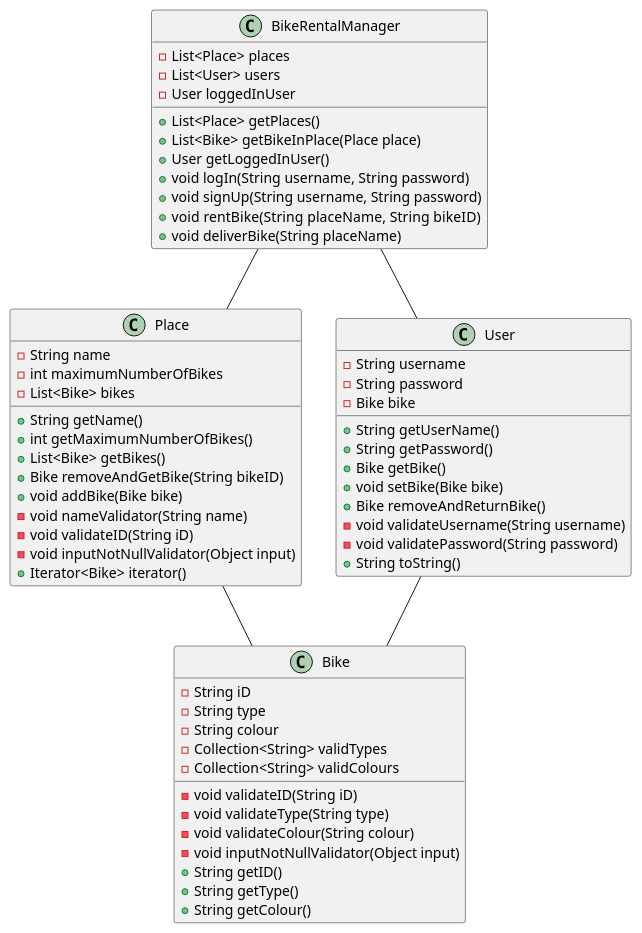
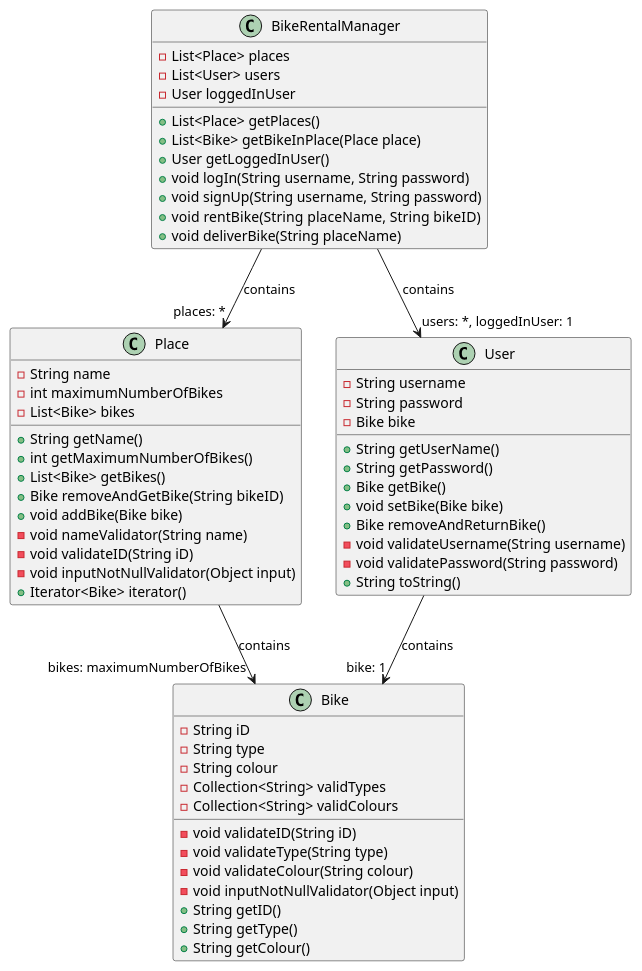
One commit to jonhallem/gr2247 changed the diagram in docs/release1.md. Above: the diagram before and after it, drawn with PlantUML.

Commit message:
Oppdatere klassediagrammet med relasjoner
Oppdatere relasjoner mellom klasser i klassediagrammet

#12

````diff
--- a/docs/release1.md
+++ b/docs/release1.md
@@ -2,65 +2,65 @@
 ```plantuml
 @startuml
-BikeRentalManager -- Place
-BikeRentalManager -- User
-Place -- Bike
-User -- Bike
+BikeRentalManager --> "places: *" Place : contains
+BikeRentalManager --> "users: *, loggedInUser: 1"  User : contains
+Place --> "bikes: maximumNumberOfBikes" Bike : contains
+User --> "bike: 1" Bike : contains
 
 Class BikeRentalManager {
     -List<Place> places
     -List<User> users
     -User loggedInUser
     +List<Place> getPlaces()
     +List<Bike> getBikeInPlace(Place place)
     +User getLoggedInUser()
     +void logIn(String username, String password)
     +void signUp(String username, String password)
     +void rentBike(String placeName, String  bikeID)
     +void deliverBike(String placeName)
 }
 
 Class Place {
     -String name
     -int maximumNumberOfBikes
     -List<Bike> bikes
     +String getName()
     +int getMaximumNumberOfBikes()
     +List<Bike> getBikes()
     +Bike removeAndGetBike(String bikeID)
     +void addBike(Bike bike)
     -void nameValidator(String name)
     -void validateID(String iD)
     -void inputNotNullValidator(Object input)
     +Iterator<Bike> iterator()
 }
 
 Class User {
     -String username
     -String password
     -Bike bike
     +String getUserName()
     +String getPassword()
     +Bike getBike()
     +void setBike(Bike bike)
     +Bike removeAndReturnBike()
     -void validateUsername(String username)
     -void validatePassword(String password)
     +String toString()
 }
 
 Class Bike {
     -String iD
     -String type
     -String colour
     -Collection<String> validTypes
     -Collection<String> validColours
     -void validateID(String iD)
     -void validateType(String type)
     -void validateColour(String colour)
     -void inputNotNullValidator(Object input)
     +String getID()
     +String getType()
     +String getColour()
 }
 @enduml
 ```
````
